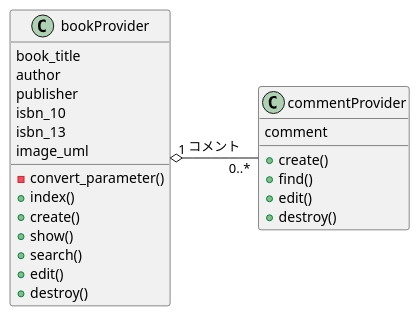
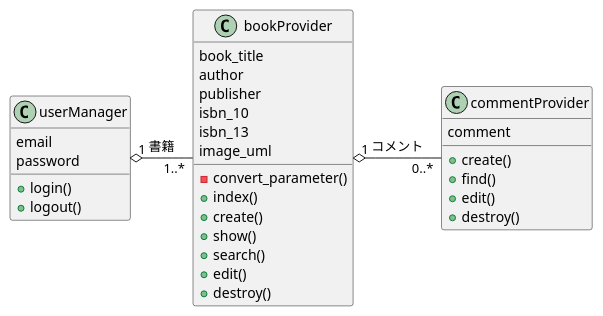
The diagram in uml/class.pu (40node/node006), drawn with PlantUML before and after one commit. The commit also changed 8 other files, not shown here.

```diff
--- a/uml/class.pu
+++ b/uml/class.pu
@@ -1,29 +1,38 @@
 @startuml class
+
+class userManager {
+    email
+    password
+    +login()
+    +logout()
+
+}
 
 class bookProvider {
     book_title
     author
     publisher
     isbn_10
     isbn_13
     image_uml
     -convert_parameter()
     +index()
     +create()
     +show()
     +search()
     +edit()
     +destroy()
 }
 
 class commentProvider {
     comment
     +create()
     +find()
     +edit()
     +destroy()
 }
 
+userManager "1" o-right- "1..*" bookProvider : 書籍
 bookProvider "1" o-right- "0..*" commentProvider : コメント
 
 @enduml
```
